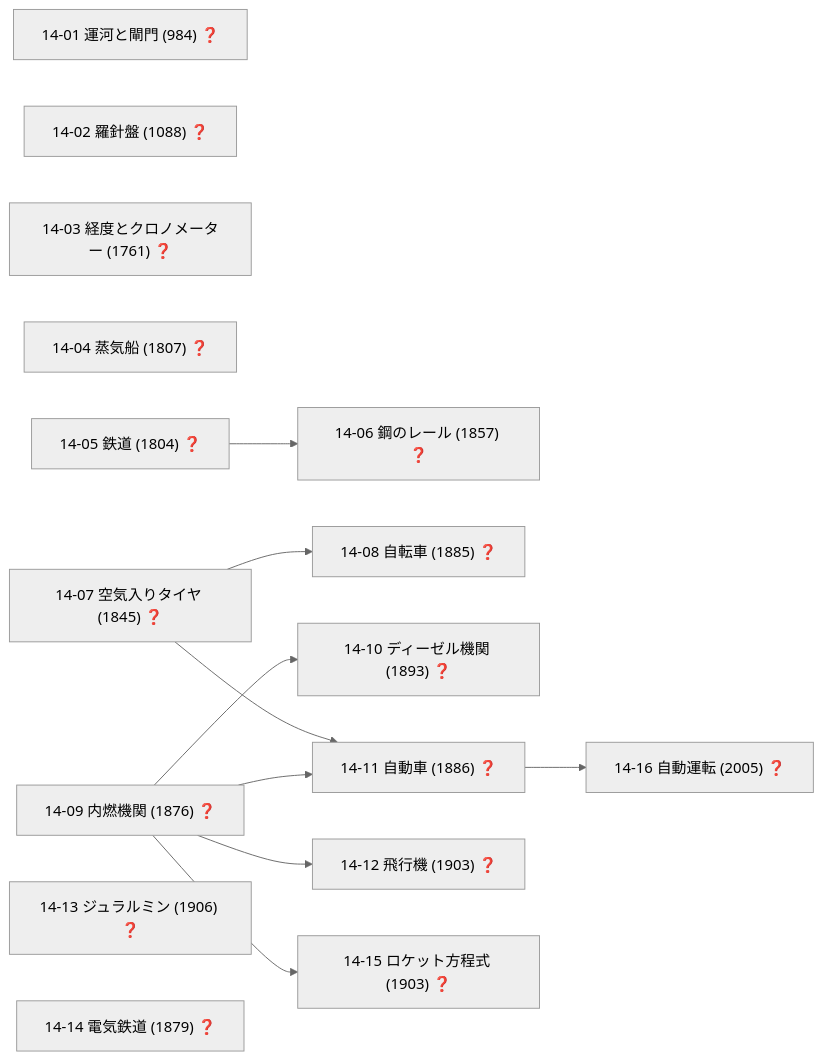
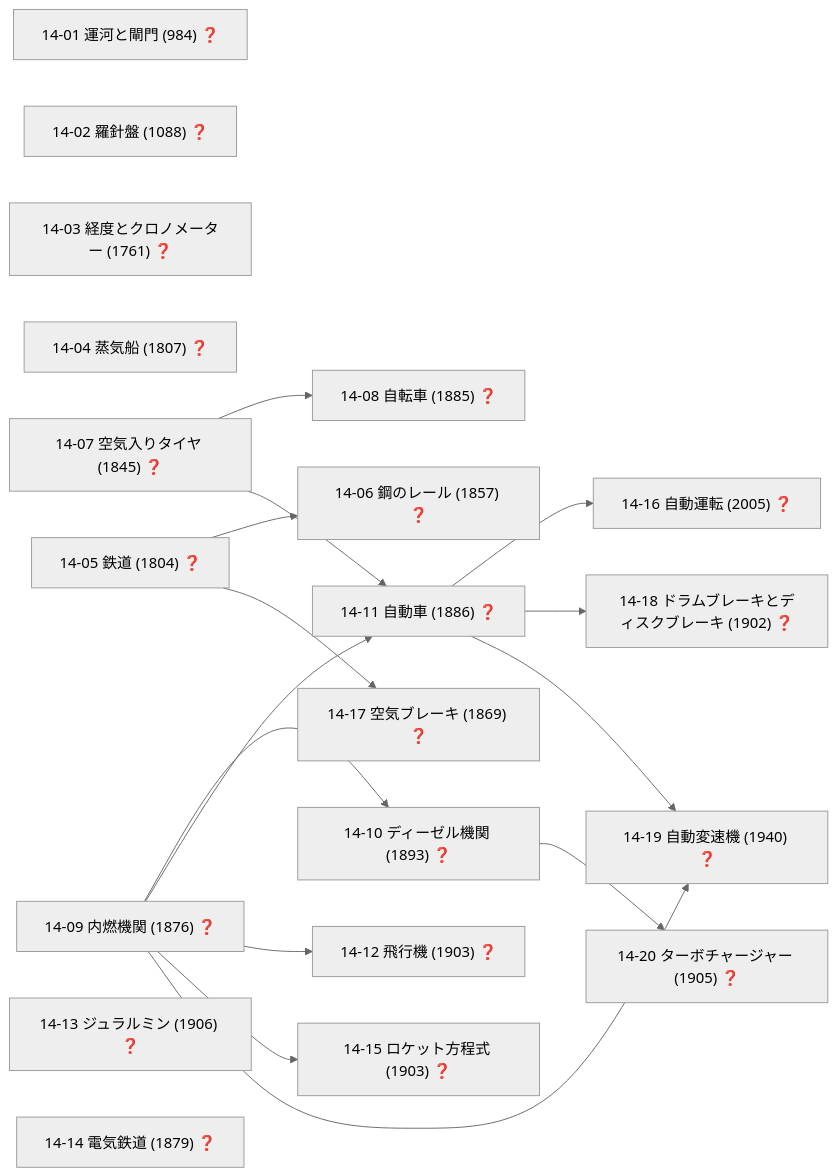
One commit to taku3i0317-collab/semiconductor-lab changed diagram 17 of 19 in docs/TECH_TREE_VIEW.md. Above: the diagram before and after it, drawn with Mermaid (neutral theme). The commit also changed other lines of this file and 16 other files, not shown here.

````diff
--- a/docs/TECH_TREE_VIEW.md
+++ b/docs/TECH_TREE_VIEW.md
@@ -844,27 +871,36 @@
 ```mermaid
 graph LR
   n14_01["14-01 運河と閘門 (984) ❓"]
   n14_02["14-02 羅針盤 (1088) ❓"]
   n14_03["14-03 経度とクロノメーター (1761) ❓"]
   n14_04["14-04 蒸気船 (1807) ❓"]
   n14_05["14-05 鉄道 (1804) ❓"]
   n14_06["14-06 鋼のレール (1857) ❓"]
   n14_07["14-07 空気入りタイヤ (1845) ❓"]
   n14_08["14-08 自転車 (1885) ❓"]
   n14_09["14-09 内燃機関 (1876) ❓"]
   n14_10["14-10 ディーゼル機関 (1893) ❓"]
   n14_11["14-11 自動車 (1886) ❓"]
   n14_12["14-12 飛行機 (1903) ❓"]
   n14_13["14-13 ジュラルミン (1906) ❓"]
   n14_14["14-14 電気鉄道 (1879) ❓"]
   n14_15["14-15 ロケット方程式 (1903) ❓"]
   n14_16["14-16 自動運転 (2005) ❓"]
+  n14_17["14-17 空気ブレーキ (1869) ❓"]
+  n14_18["14-18 ドラムブレーキとディスクブレーキ (1902) ❓"]
+  n14_19["14-19 自動変速機 (1940) ❓"]
+  n14_20["14-20 ターボチャージャー (1905) ❓"]
   n14_05-->n14_06
   n14_07-->n14_08
   n14_09-->n14_10
   n14_07-->n14_11
   n14_09-->n14_11
   n14_09-->n14_12
   n14_09-->n14_15
   n14_11-->n14_16
+  n14_05-->n14_17
+  n14_11-->n14_18
+  n14_09-->n14_19
+  n14_11-->n14_19
+  n14_10-->n14_20
 ```
````
